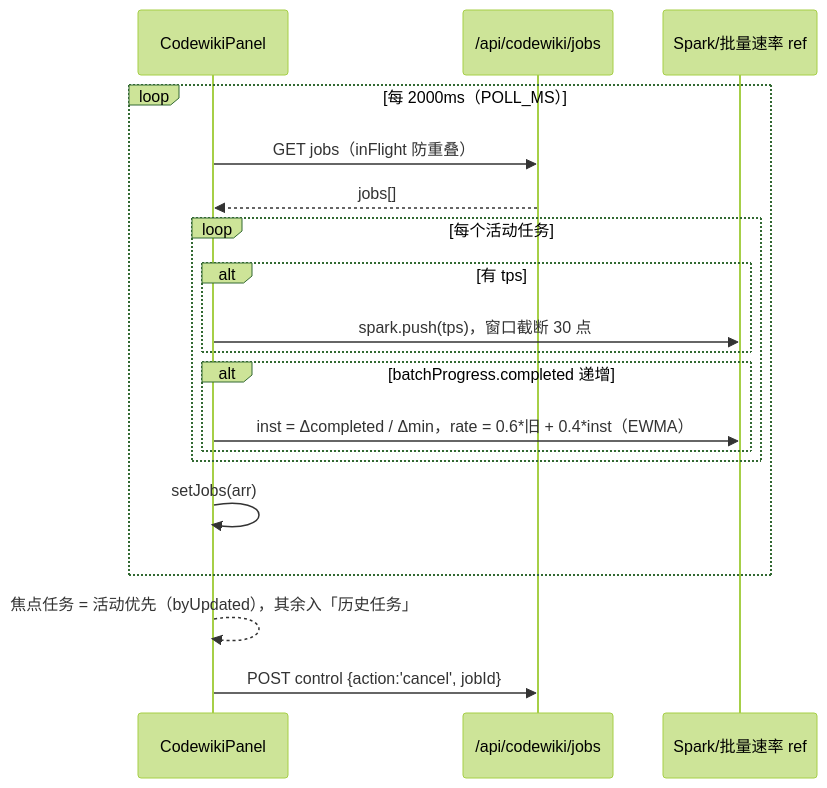
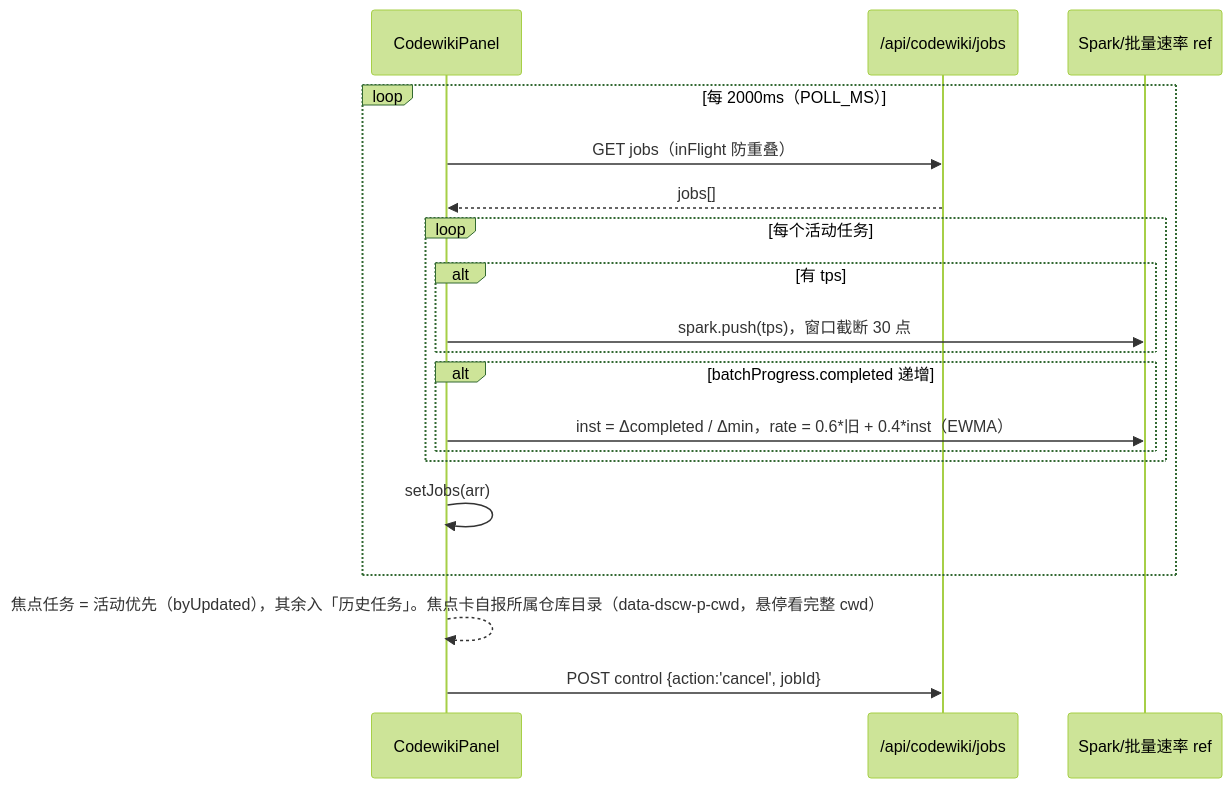
One commit to ikliml666/dsh-codewiki changed the fourth of 5 diagrams in .codewiki/_native-state/docs/client_ui.md. Above: the diagram before and after it, drawn with Mermaid (forest theme). The commit also changed other lines of this file and 16 other files, not shown here.

````diff
--- a/.codewiki/_native-state/docs/client_ui.md
+++ b/.codewiki/_native-state/docs/client_ui.md
@@ -117,22 +117,22 @@
 ```mermaid
 sequenceDiagram
     participant Panel as CodewikiPanel
     participant API as /api/codewiki/jobs
     participant SV as Spark/批量速率 ref
 
     loop 每 2000ms（POLL_MS）
         Panel->>API: GET jobs（inFlight 防重叠）
         API-->>Panel: jobs[]
         loop 每个活动任务
             alt 有 tps
                 Panel->>SV: spark.push(tps)，窗口截断 30 点
             end
             alt batchProgress.completed 递增
                 Panel->>SV: inst = Δcompleted / Δmin，rate = 0.6*旧 + 0.4*inst（EWMA）
             end
         end
         Panel->>Panel: setJobs(arr)
     end
-    Panel-->>Panel: 焦点任务 = 活动优先（byUpdated），其余入「历史任务」
+    Panel-->>Panel: 焦点任务 = 活动优先（byUpdated），其余入「历史任务」。焦点卡自报所属仓库目录（data-dscw-p-cwd，悬停看完整 cwd）
     Panel->>API: POST control {action:'cancel', jobId}
 ```
````
